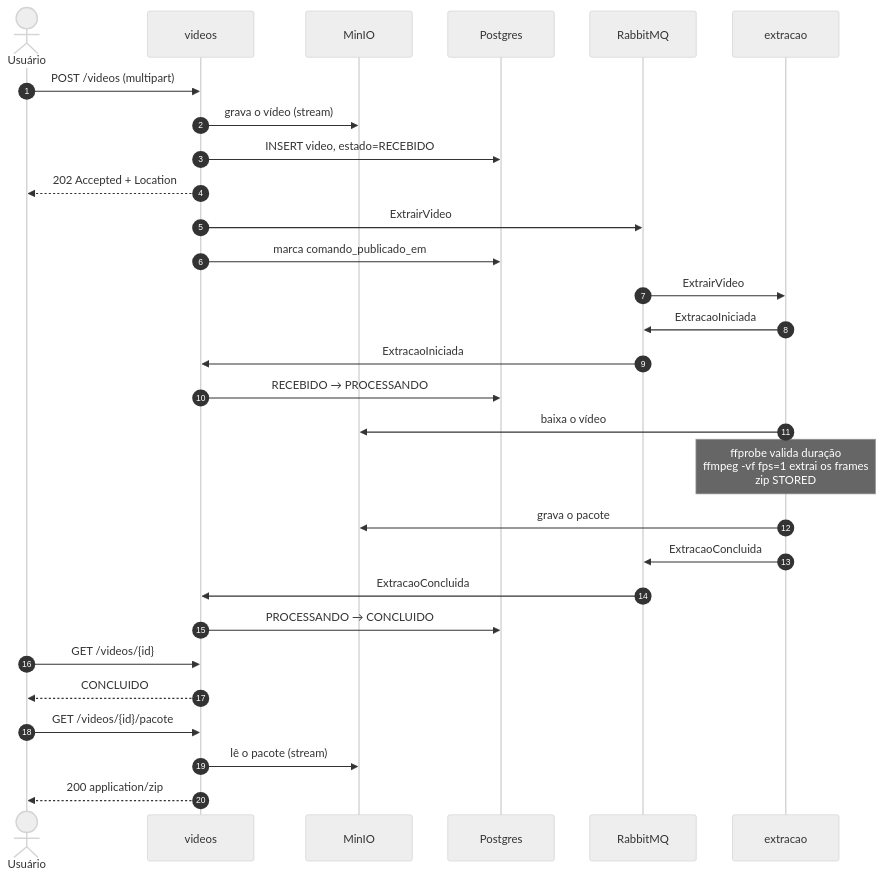
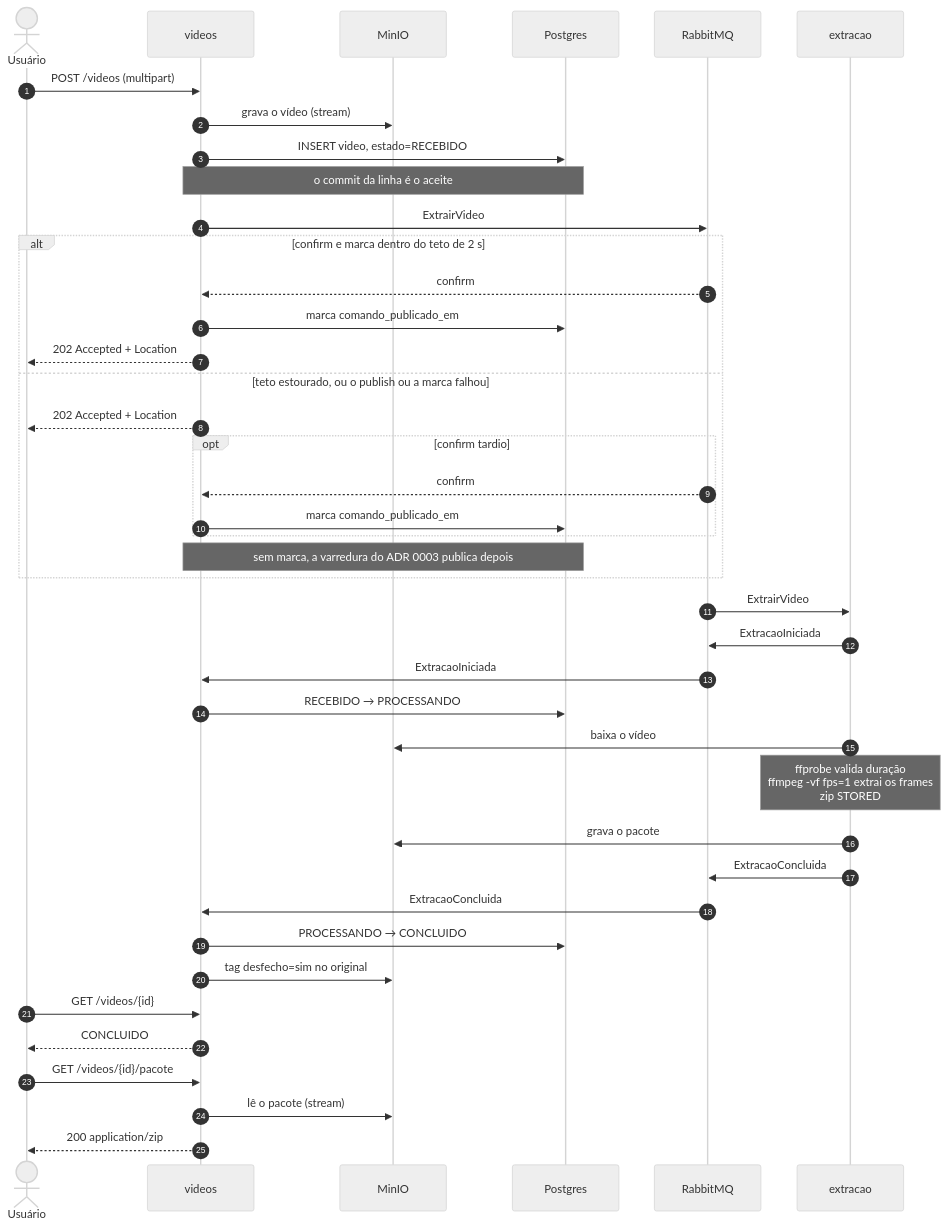
Before and after one commit to vandrep/fiapx-v2: the fourth of 5 diagrams in docs/arquitetura.md, drawn with Mermaid (neutral theme). The commit also changed other lines of this file and 3 other files, not shown here.

Commit message:
docs: diagramas e narracao coerentes com o codigo, fecha ticket 111

````diff
--- a/docs/arquitetura.md
+++ b/docs/arquitetura.md
@@ -144,35 +144,47 @@
 ```mermaid
 sequenceDiagram
     autonumber
     actor U as Usuário
     participant V as videos
     participant M as MinIO
     participant P as Postgres
     participant R as RabbitMQ
     participant E as extracao
 
     U->>V: POST /videos (multipart)
     V->>M: grava o vídeo (stream)
     V->>P: INSERT video, estado=RECEBIDO
-    V-->>U: 202 Accepted + Location
+    Note over V,P: o commit da linha é o aceite
     V->>R: ExtrairVideo
-    V->>P: marca comando_publicado_em
+    alt confirm e marca dentro do teto de 2 s
+        R-->>V: confirm
+        V->>P: marca comando_publicado_em
+        V-->>U: 202 Accepted + Location
+    else teto estourado, ou o publish ou a marca falhou
+        V-->>U: 202 Accepted + Location
+        opt confirm tardio
+            R-->>V: confirm
+            V->>P: marca comando_publicado_em
+        end
+        Note over V,P: sem marca, a varredura do ADR 0003 publica depois
+    end
 
     R->>E: ExtrairVideo
     E->>R: ExtracaoIniciada
     R->>V: ExtracaoIniciada
     V->>P: RECEBIDO → PROCESSANDO
 
     E->>M: baixa o vídeo
     Note over E: ffprobe valida duração<br/>ffmpeg -vf fps=1 extrai os frames<br/>zip STORED
     E->>M: grava o pacote
     E->>R: ExtracaoConcluida
     R->>V: ExtracaoConcluida
     V->>P: PROCESSANDO → CONCLUIDO
+    V->>M: tag desfecho=sim no original
 
     U->>V: GET /videos/{id}
     V-->>U: CONCLUIDO
     U->>V: GET /videos/{id}/pacote
     V->>M: lê o pacote (stream)
     V-->>U: 200 application/zip
 ```
````
